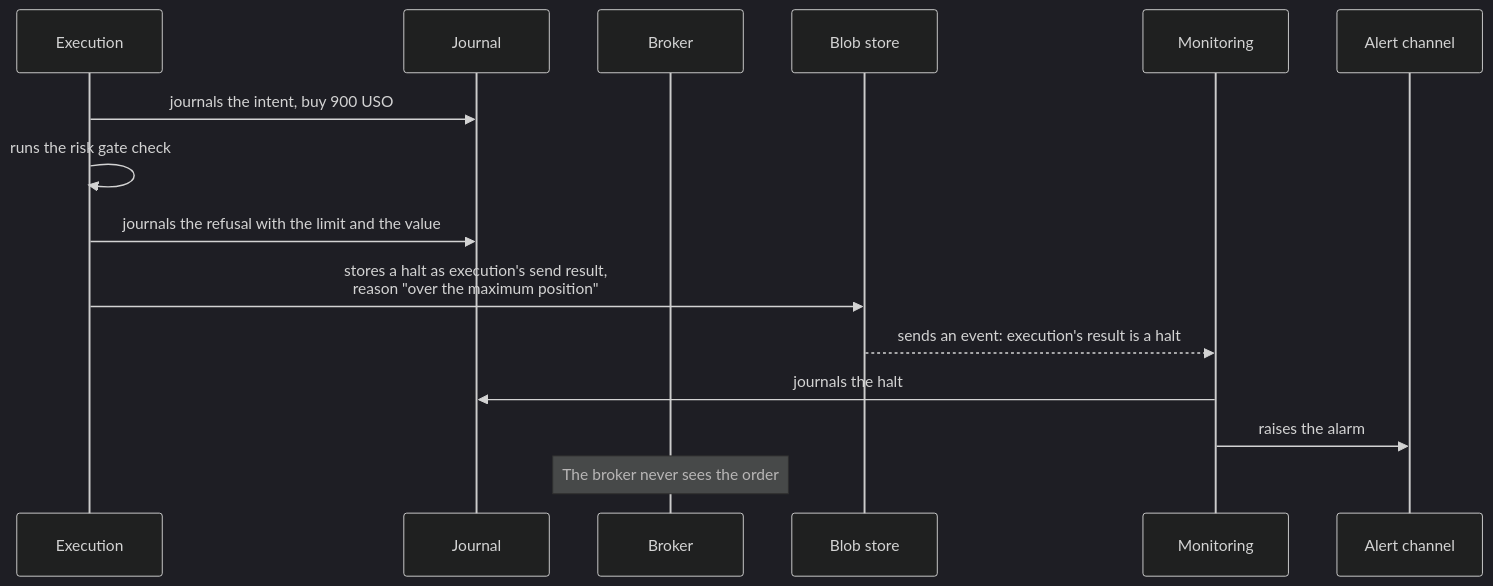
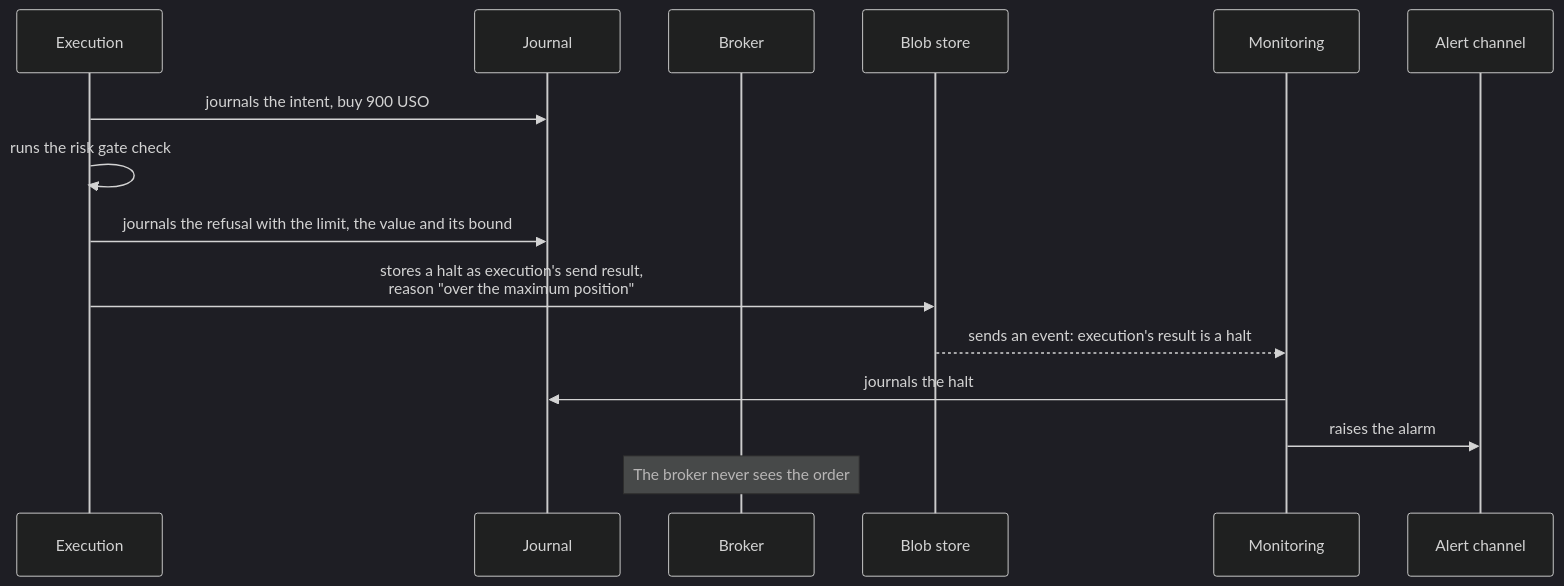
Diagram 13 of 18 in docs/architecture/06-runtime.md (l3a0/ithildin-runtime), drawn with Mermaid (dark theme) before and after one commit. The commit also changed other lines of this file and 33 other files, not shown here.

````diff
--- a/docs/architecture/06-runtime.md
+++ b/docs/architecture/06-runtime.md
@@ -801,18 +803,18 @@
 ```mermaid
 sequenceDiagram
     participant X as Execution
     participant J as Journal
     participant B as Broker
     participant F as Blob store
     participant M as Monitoring
     participant L as Alert channel
 
     X->>J: journals the intent, buy 900 USO
     X->>X: runs the risk gate check
-    X->>J: journals the refusal with the limit and the value
+    X->>J: journals the refusal with the limit, the value and its bound
     X->>F: stores a halt as execution's send result,<br/>reason "over the maximum position"
     F-->>M: sends an event: execution's result is a halt
     M->>J: journals the halt
     M->>L: raises the alarm
     Note over B: The broker never sees the order
 ```
````
